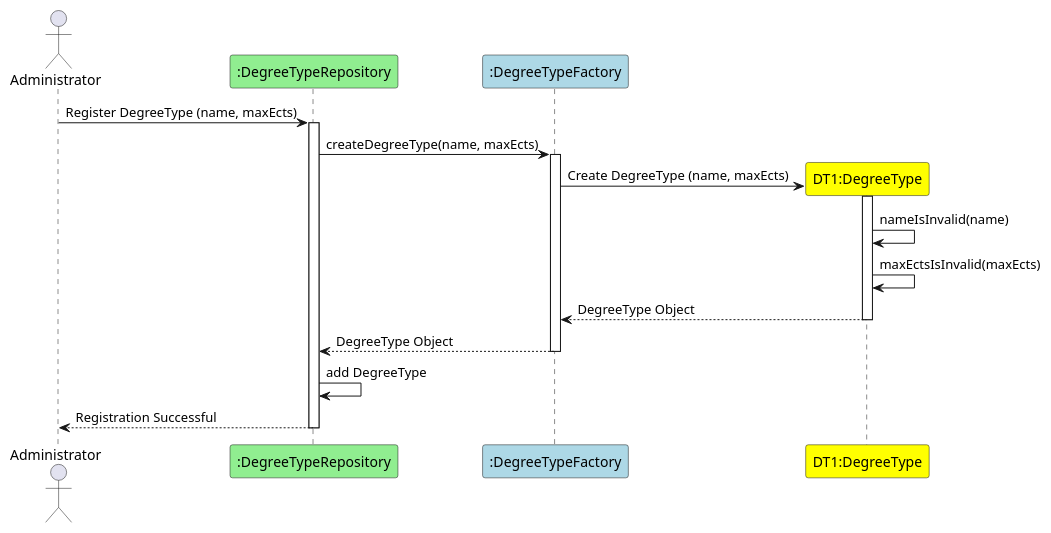
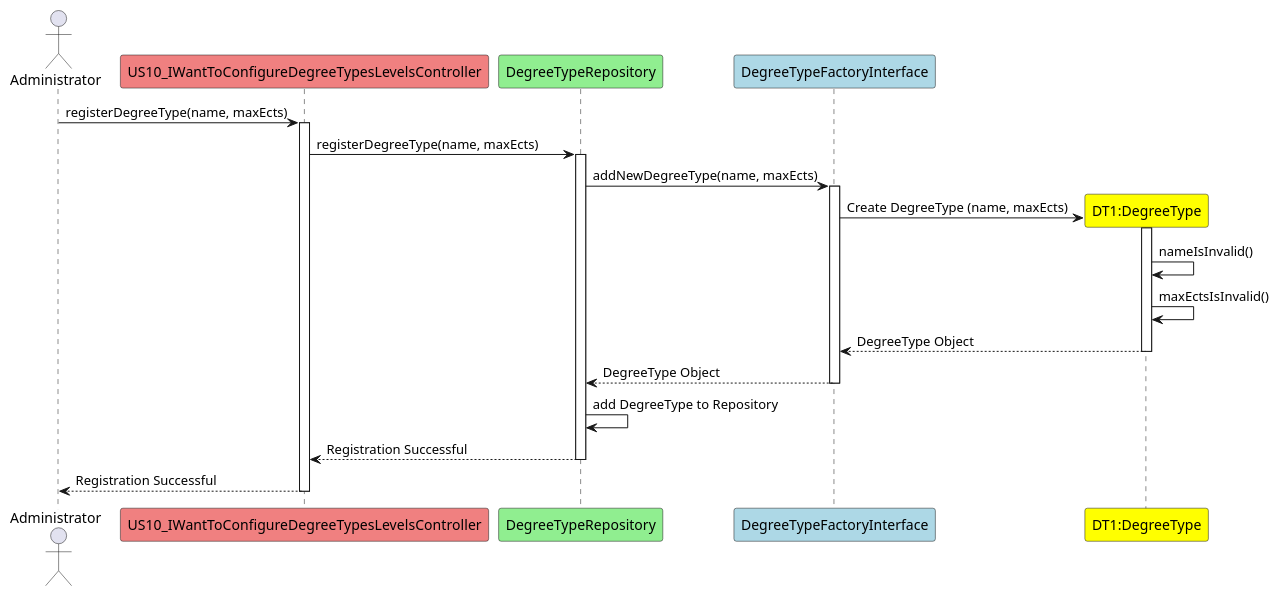
The diagram in docs/US10/US10_ConfigureDegreeTypeInSystemSD.puml (GasparISEP/DevOps-PAI), drawn with PlantUML before and after one commit. The commit also changed 2 other files, not shown here.

Commit message:
Update US10 Diagrams.

```diff
--- a/docs/US10/US10_ConfigureDegreeTypeInSystemSD.puml
+++ b/docs/US10/US10_ConfigureDegreeTypeInSystemSD.puml
@@ -1,22 +1,27 @@
 @startuml
 actor Administrator as Adm
-participant ":DegreeTypeRepository" as DTR #lightgreen
-participant ":DegreeTypeFactory" as DTF #lightblue
+participant "US10_IWantToConfigureDegreeTypesLevelsController" as Controller #lightcoral
+participant "DegreeTypeRepository" as DTR #lightgreen
+participant "DegreeTypeFactoryInterface" as DTF #lightblue
 
-Adm -> DTR : Register DegreeType (name, maxEcts)
+Adm -> Controller : registerDegreeType(name, maxEcts)
+activate Controller
+Controller -> DTR : registerDegreeType(name, maxEcts)
 activate DTR
-DTR -> DTF : createDegreeType(name, maxEcts)
+DTR -> DTF : addNewDegreeType(name, maxEcts)
 activate DTF
 create "DT1:DegreeType" as DT #yellow
 DTF -> DT : Create DegreeType (name, maxEcts)
 activate DT
-DT -> DT : nameIsInvalid(name)
-DT -> DT : maxEctsIsInvalid(maxEcts)
+DT -> DT : nameIsInvalid()
+DT -> DT : maxEctsIsInvalid()
 DT --> DTF : DegreeType Object
 deactivate DT
 DTF --> DTR : DegreeType Object
 deactivate DTF
-DTR -> DTR : add DegreeType
-DTR --> Adm : Registration Successful
+DTR -> DTR : add DegreeType to Repository
+DTR --> Controller : Registration Successful
 deactivate DTR
+Controller --> Adm : Registration Successful
+deactivate Controller
 @enduml
```
